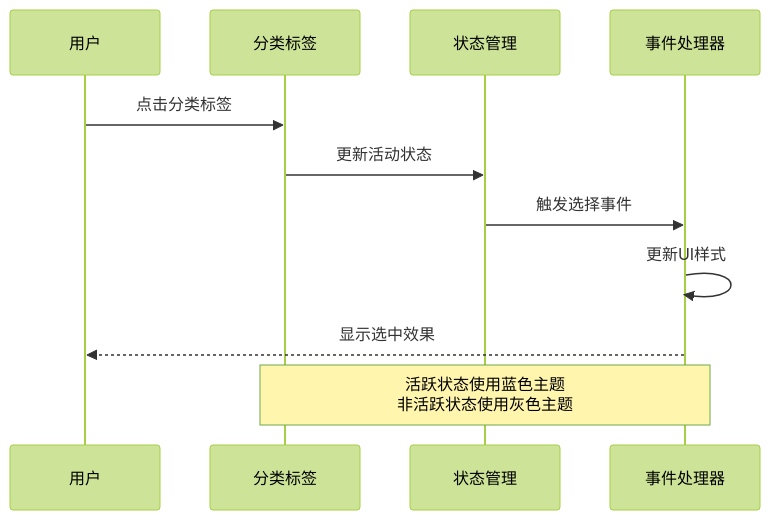
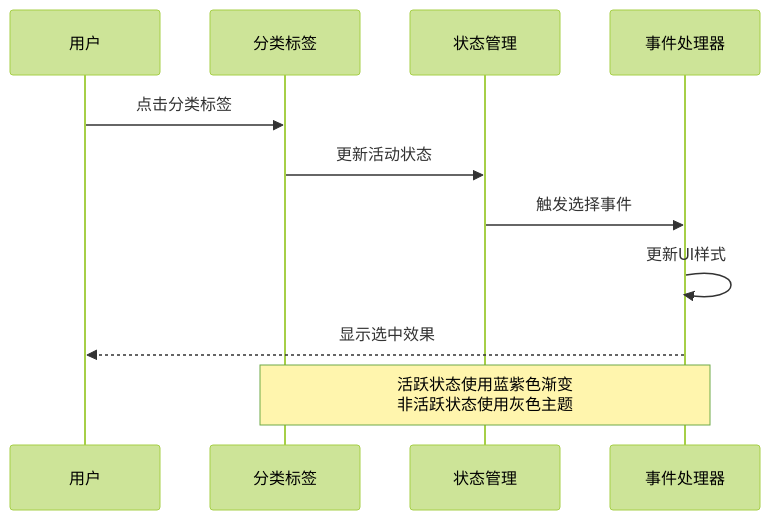
The fifth of 9 diagrams in .qoder/repowiki/zh/content/样式和主题系统.md (zuozuoliu740-cmd/xianxiong-news), drawn with Mermaid (forest theme) before and after one commit. The commit also changed other lines of this file and 11 other files, not shown here.

````diff
--- a/.qoder/repowiki/zh/content/样式和主题系统.md
+++ b/.qoder/repowiki/zh/content/样式和主题系统.md
@@ -207,13 +243,13 @@
 ```mermaid
 sequenceDiagram
 participant User as 用户
 participant Tab as 分类标签
 participant State as 状态管理
 participant Handler as 事件处理器
 User->>Tab : 点击分类标签
 Tab->>State : 更新活动状态
 State->>Handler : 触发选择事件
 Handler->>Handler : 更新UI样式
 Handler-->>User : 显示选中效果
-Note over Tab,Handler : 活跃状态使用蓝色主题<br/>非活跃状态使用灰色主题
+Note over Tab,Handler : 活跃状态使用蓝紫色渐变<br/>非活跃状态使用灰色主题
 ```
````
